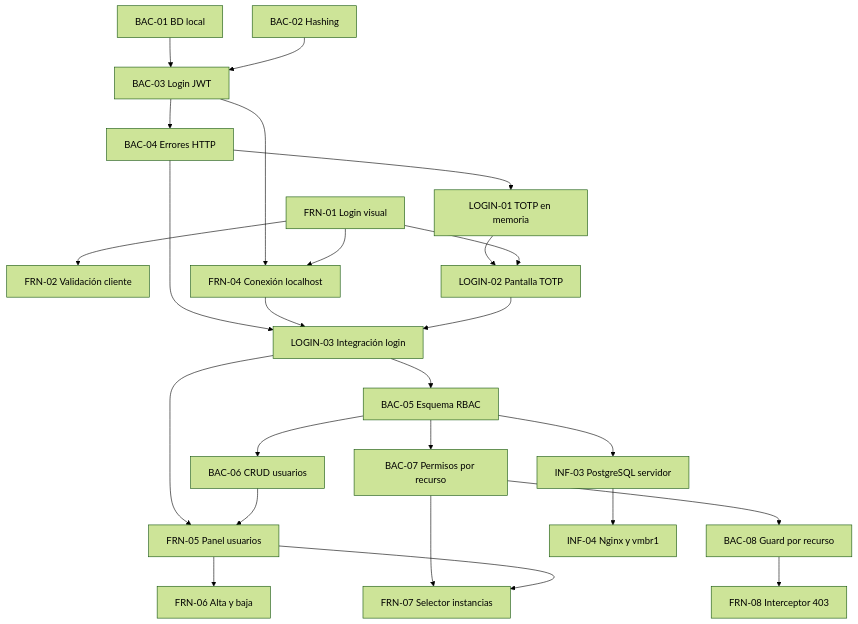
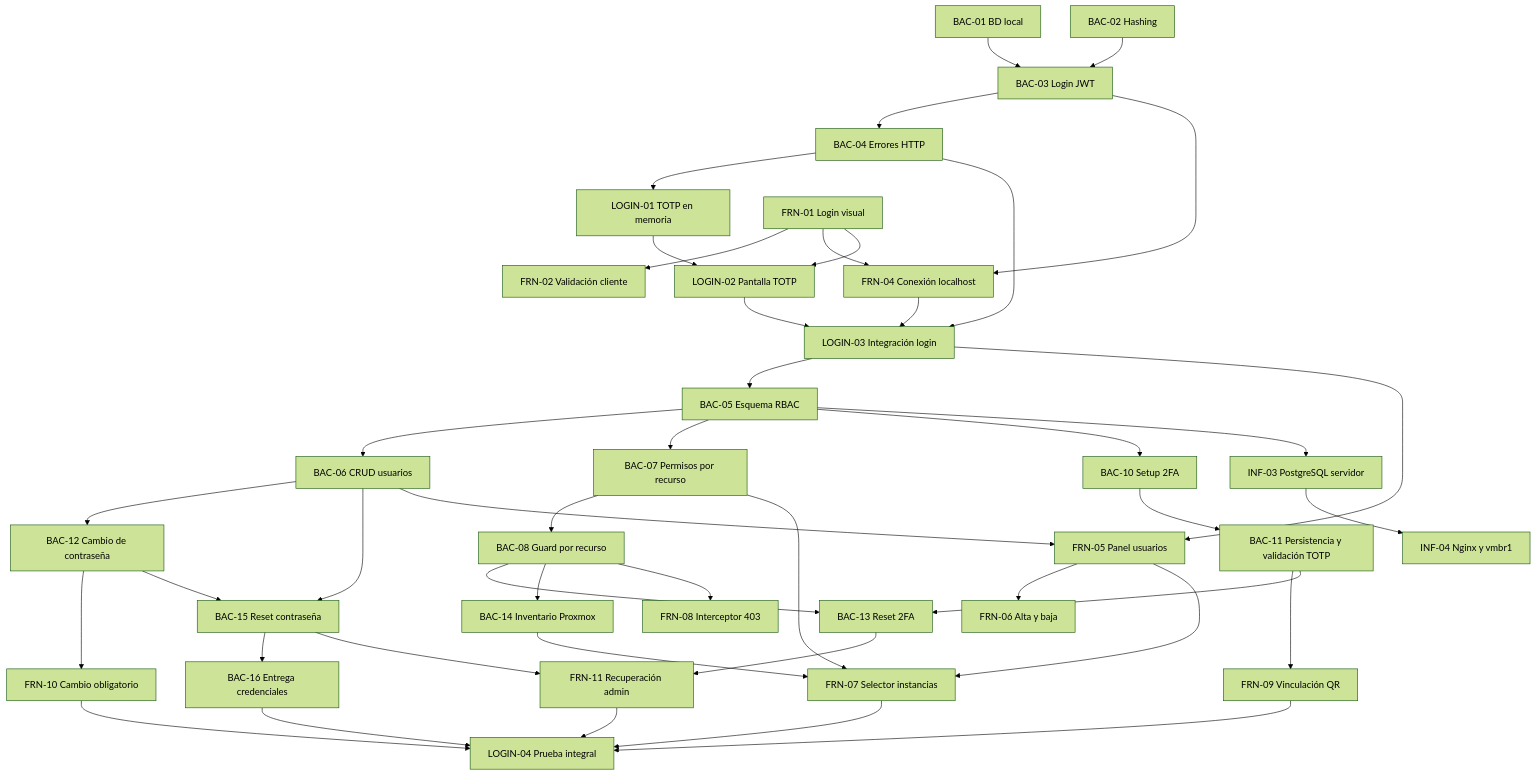
Before and after one commit to micaelaalvaradomendez/centinela: the diagram in documentacion/futuro.md, drawn with Mermaid (forest theme). The commit also changed other lines of this file and 1 other file, not shown here.

````diff
--- a/documentacion/futuro.md
+++ b/documentacion/futuro.md
@@ -227,27 +265,46 @@
 ```mermaid
 flowchart TD
 	BAC01[BAC-01 BD local] --> BAC03[BAC-03 Login JWT]
 	BAC02[BAC-02 Hashing] --> BAC03
 	BAC03 --> BAC04[BAC-04 Errores HTTP]
 	BAC04 --> LOGIN01[LOGIN-01 TOTP en memoria]
 	FRN01[FRN-01 Login visual] --> FRN02[FRN-02 Validación cliente]
 	BAC03 --> FRN04[FRN-04 Conexión localhost]
 	FRN01 --> FRN04
 	LOGIN01 --> LOGIN02[LOGIN-02 Pantalla TOTP]
 	FRN01 --> LOGIN02
 	BAC04 --> LOGIN03[LOGIN-03 Integración login]
 	FRN04 --> LOGIN03
 	LOGIN02 --> LOGIN03
 	LOGIN03 --> BAC05[BAC-05 Esquema RBAC]
 	BAC05 --> BAC06[BAC-06 CRUD usuarios]
 	BAC05 --> BAC07[BAC-07 Permisos por recurso]
 	BAC07 --> BAC08[BAC-08 Guard por recurso]
+	BAC05 --> BAC10[BAC-10 Setup 2FA]
+	BAC10 --> BAC11[BAC-11 Persistencia y validación TOTP]
+	BAC11 --> FRN09[FRN-09 Vinculación QR]
+	BAC06 --> BAC12[BAC-12 Cambio de contraseña]
+	BAC12 --> FRN10[FRN-10 Cambio obligatorio]
+	BAC11 --> BAC13[BAC-13 Reset 2FA]
+	BAC08 --> BAC13
+	BAC08 --> BAC14[BAC-14 Inventario Proxmox]
+	BAC06 --> BAC15[BAC-15 Reset contraseña]
+	BAC12 --> BAC15
+	BAC15 --> BAC16[BAC-16 Entrega credenciales]
+	BAC13 --> FRN11[FRN-11 Recuperación admin]
+	BAC15 --> FRN11
 	LOGIN03 --> FRN05[FRN-05 Panel usuarios]
 	BAC06 --> FRN05
 	FRN05 --> FRN06[FRN-06 Alta y baja]
 	BAC07 --> FRN07[FRN-07 Selector instancias]
+	BAC14 --> FRN07
 	FRN05 --> FRN07
 	BAC08 --> FRN08[FRN-08 Interceptor 403]
+	FRN07 --> LOGIN04[LOGIN-04 Prueba integral]
+	FRN09 --> LOGIN04
+	FRN10 --> LOGIN04
+	FRN11 --> LOGIN04
+	BAC16 --> LOGIN04
 	BAC05 --> INF03[INF-03 PostgreSQL servidor]
 	INF03 --> INF04[INF-04 Nginx y vmbr1]
 ```
````
